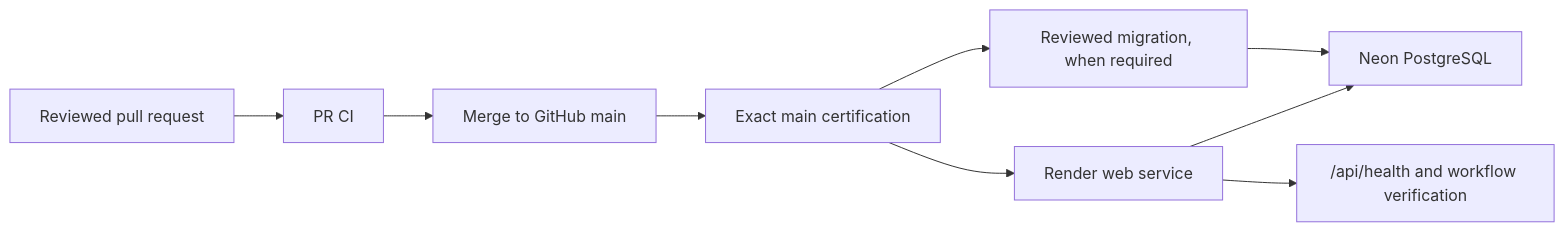
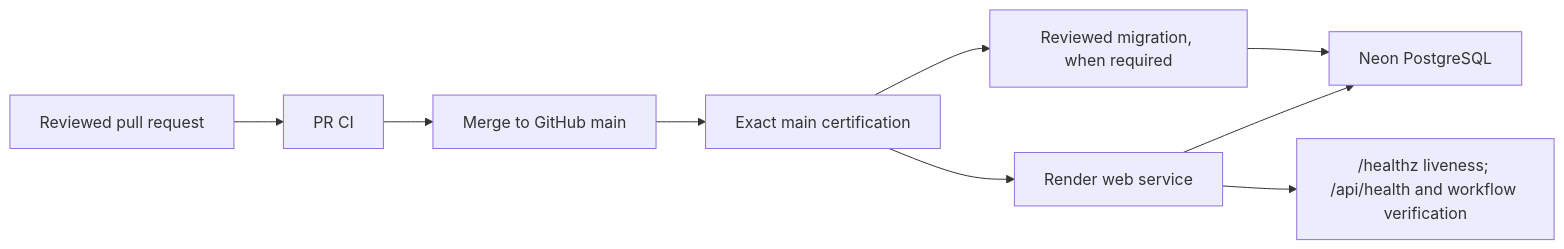
Before and after one commit to Tribowl-LLC/PGLeagueManagerApp: the diagram in docs/DEPLOYMENT.md, drawn with Mermaid. The commit also changed other lines of this file and 9 other files, not shown here.

````diff
--- a/docs/DEPLOYMENT.md
+++ b/docs/DEPLOYMENT.md
@@ -33,11 +33,11 @@
 ```mermaid
 flowchart LR
     PR["Reviewed pull request"] --> CI["PR CI"]
     CI --> MAIN["Merge to GitHub main"]
     MAIN --> CERT["Exact main certification"]
     CERT --> MIGRATE["Reviewed migration, when required"]
     MIGRATE --> NEON["Neon PostgreSQL"]
     CERT --> RENDER["Render web service"]
     RENDER --> NEON
-    RENDER --> HEALTH["/api/health and workflow verification"]
+    RENDER --> HEALTH["/healthz liveness; /api/health and workflow verification"]
 ```
````
